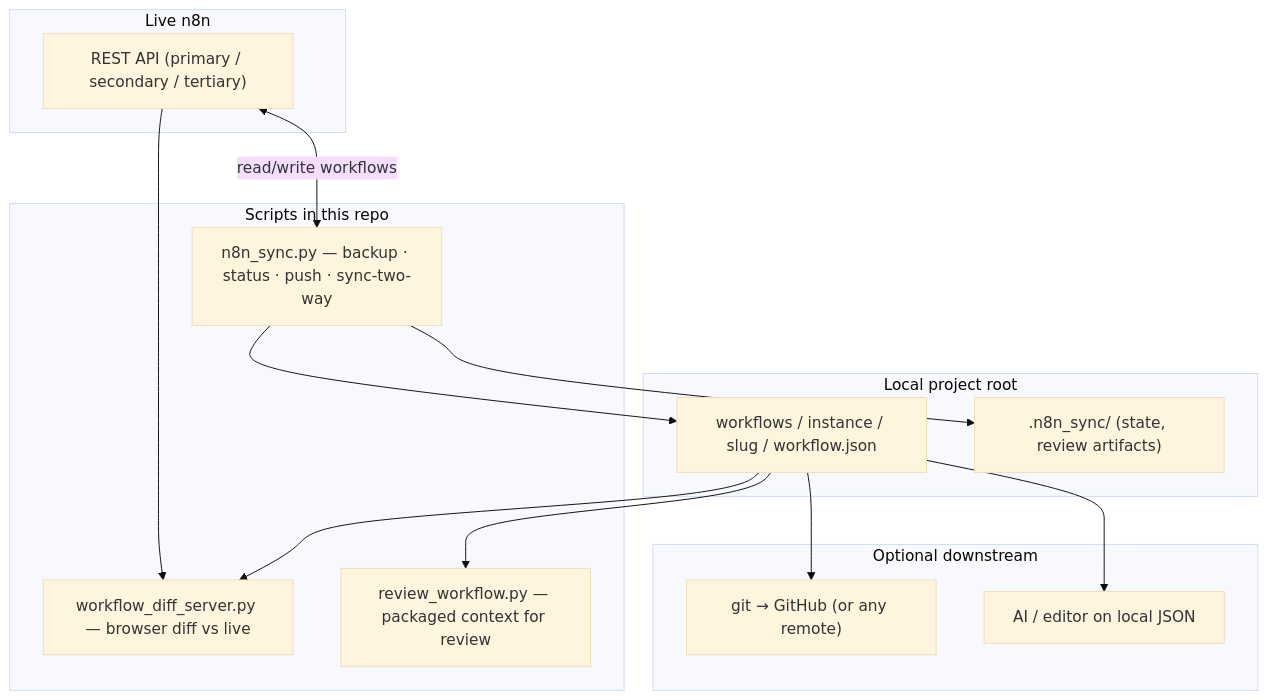
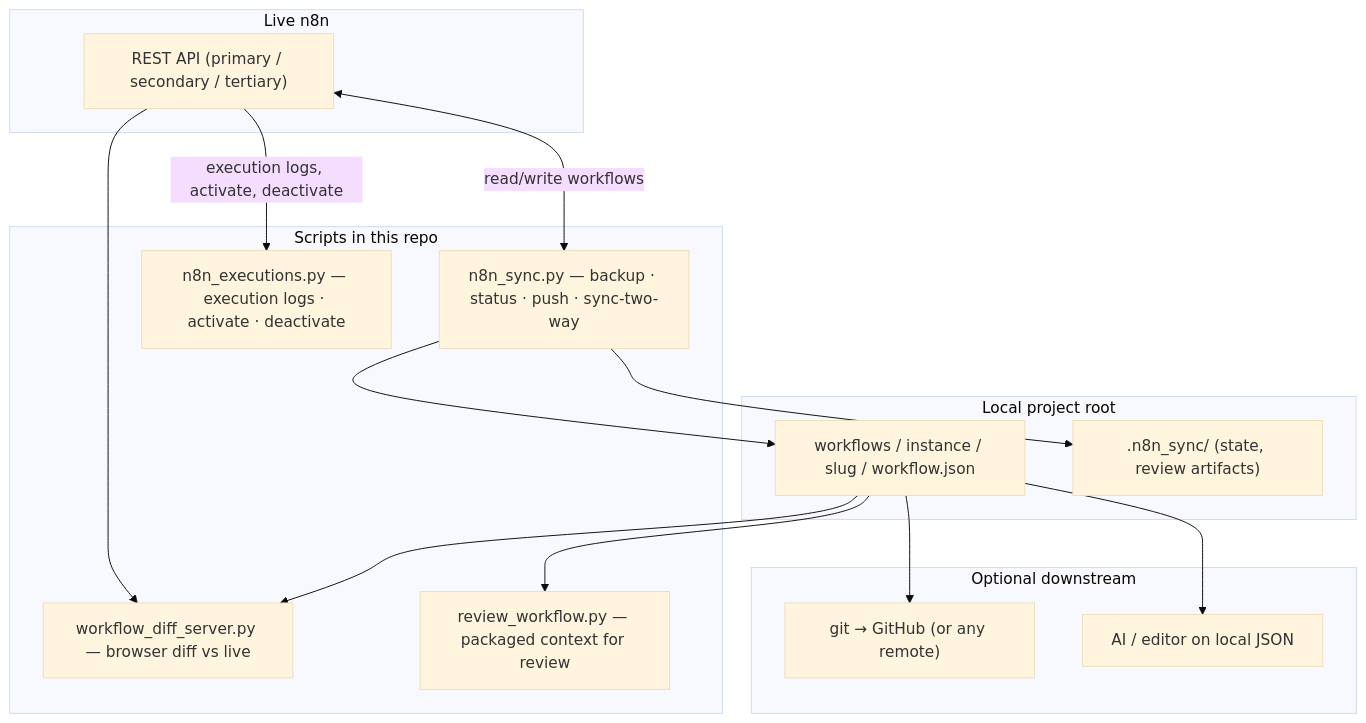
One commit to harshalnpatil/n8n_utilities_2026 changed the first of 2 diagrams in n8n_extract_sync_2026_03_11/README.md. Above: the diagram before and after it, drawn with Mermaid (base theme). The commit also changed other lines of this file and 6 other files, not shown here.

````diff
--- a/n8n_extract_sync_2026_03_11/README.md
+++ b/n8n_extract_sync_2026_03_11/README.md
@@ -9,27 +9,29 @@
 ```mermaid
 flowchart TD
   subgraph live["Live n8n"]
     API["REST API (primary / secondary / tertiary)"]
   end
   subgraph root["Local project root"]
     WF["workflows / instance / slug / workflow.json"]
     STATE[".n8n_sync/ (state, review artifacts)"]
   end
   subgraph util["Scripts in this repo"]
     SYNC["n8n_sync.py — backup · status · push · sync-two-way"]
     DIFF["workflow_diff_server.py — browser diff vs live"]
     REV["review_workflow.py — packaged context for review"]
+    EXEC["n8n_executions.py — execution logs · activate · deactivate"]
   end
   subgraph opt["Optional downstream"]
     GIT["git → GitHub (or any remote)"]
     AI["AI / editor on local JSON"]
   end
   API <-->|"read/write workflows"| SYNC
+  API -->|"execution logs, activate, deactivate"| EXEC
   SYNC --> WF
   SYNC --> STATE
   WF --> DIFF
   API --> DIFF
   WF --> REV
   WF --> GIT
   WF --> AI
 ```
````
